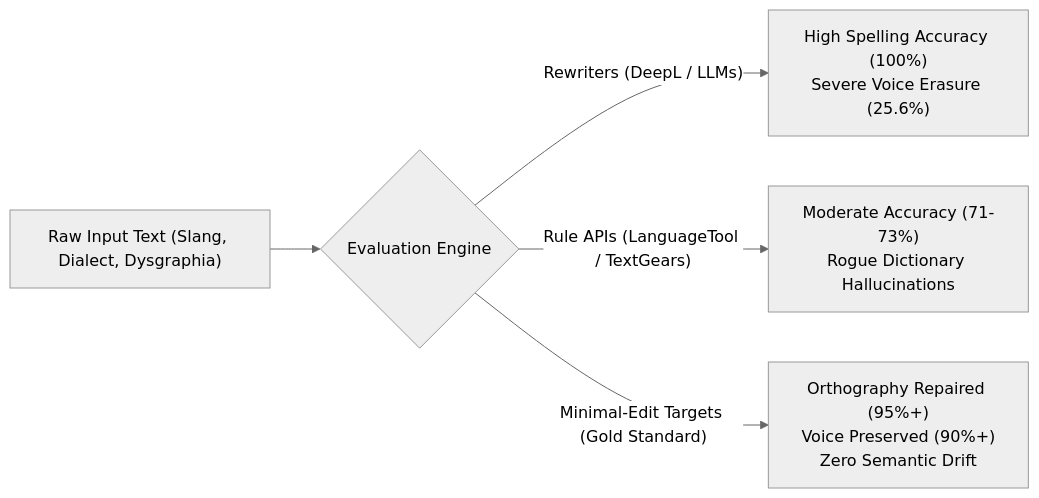
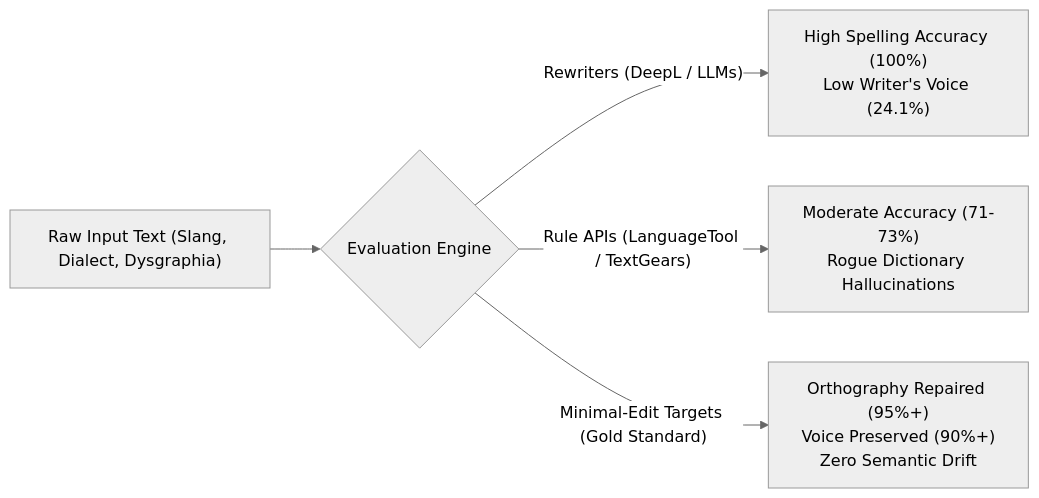
One commit to IBIYP/voice-preserving-ai-spellcheck-benchmark changed the first of 2 diagrams in ROADMAP.md. Above: the diagram before and after it, drawn with Mermaid (neutral theme). The commit also changed other lines of this file and 15 other files, not shown here.

Commit message:
Rework writer voice scoring and refresh results

````diff
--- a/ROADMAP.md
+++ b/ROADMAP.md
@@ -15,7 +15,7 @@
 ```mermaid
 flowchart LR
     A["Raw Input Text (Slang, Dialect, Dysgraphia)"] --> B{"Evaluation Engine"}
-    B -->|"Rewriters (DeepL / LLMs)"| C["High Spelling Accuracy (100%)<br>Severe Voice Erasure (25.6%)"]
+    B -->|"Rewriters (DeepL / LLMs)"| C["High Spelling Accuracy (100%)<br>Low Writer's Voice (24.1%)"]
     B -->|"Rule APIs (LanguageTool / TextGears)"| D["Moderate Accuracy (71-73%)<br>Rogue Dictionary Hallucinations"]
     B -->|"Minimal-Edit Targets (Gold Standard)"| E["Orthography Repaired (95%+)<br>Voice Preserved (90%+)<br>Zero Semantic Drift"]
 ```
````
